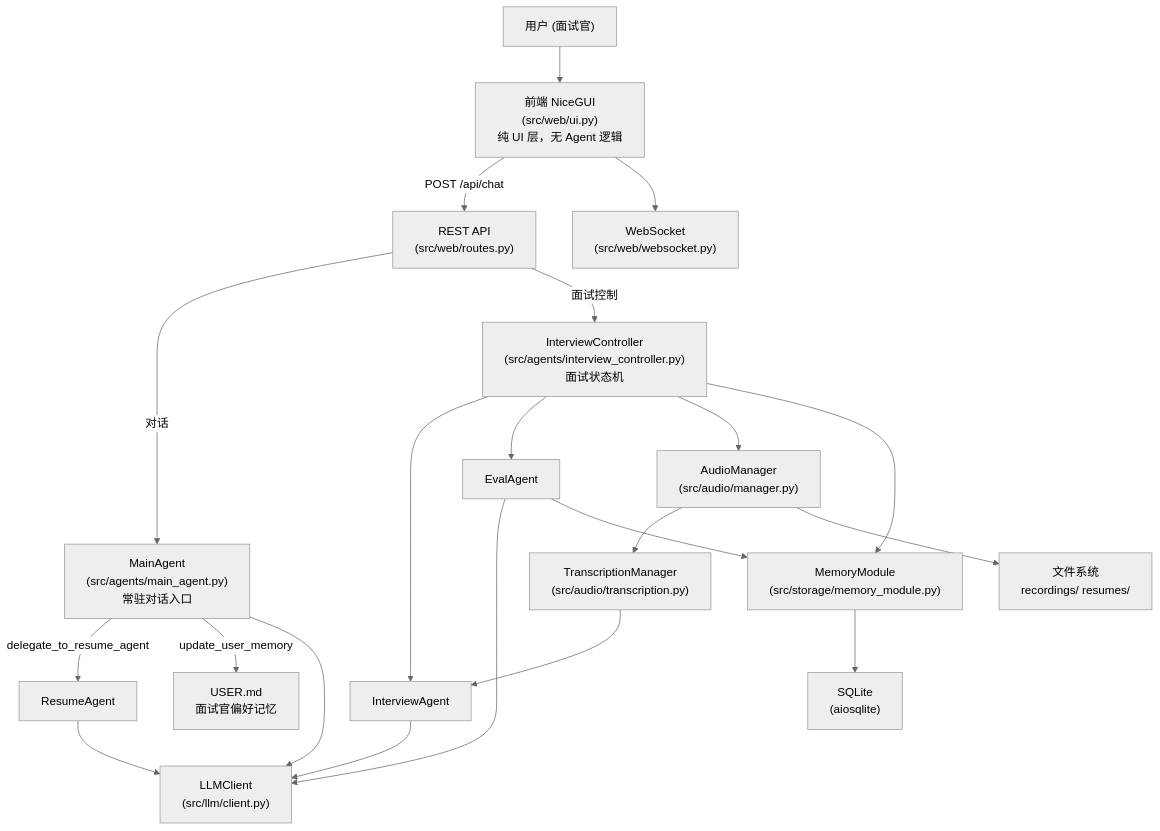
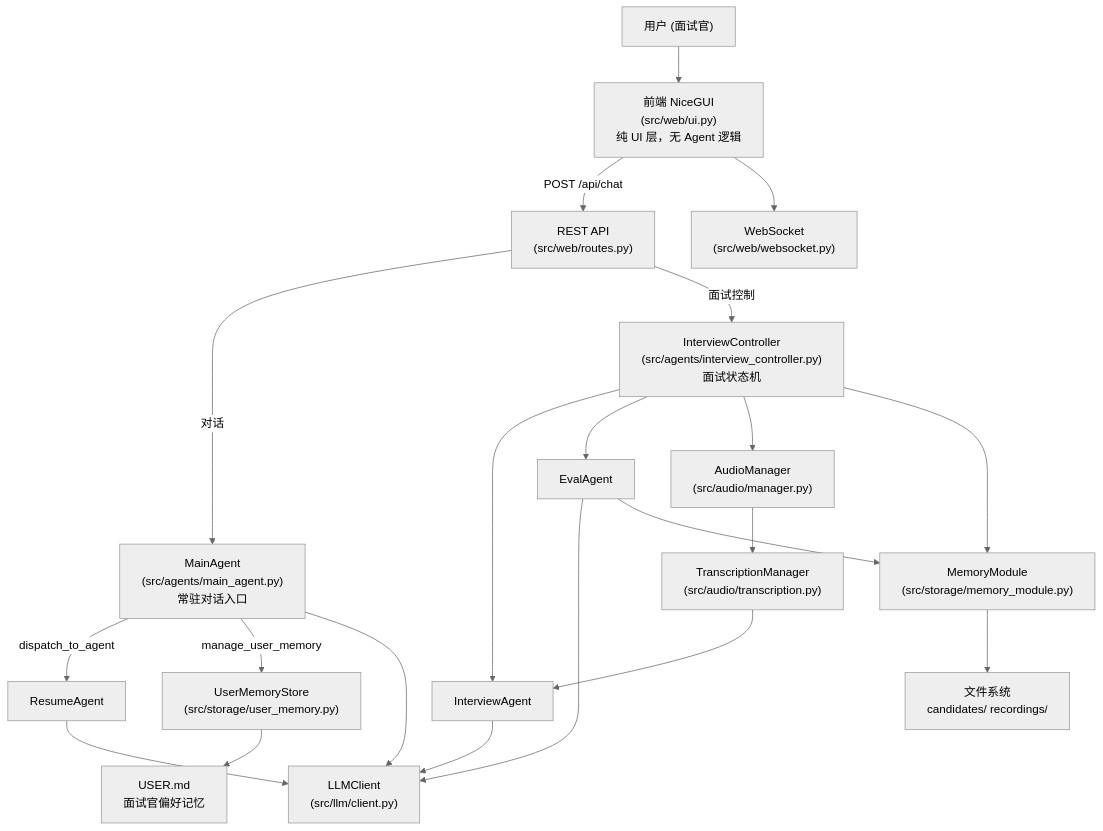
The diagram in docs/arc/overview.md (dygcjlu/interviewer-assistant), drawn with Mermaid (neutral theme) before and after one commit. The commit also changed other lines of this file and 31 other files, not shown here.

````diff
--- a/docs/arc/overview.md
+++ b/docs/arc/overview.md
@@ -17,40 +17,40 @@
 ```mermaid
 graph TD
     User["用户 (面试官)"]
     UI["前端 NiceGUI\n(src/web/ui.py)\n纯 UI 层，无 Agent 逻辑"]
     REST["REST API\n(src/web/routes.py)"]
     WS["WebSocket\n(src/web/websocket.py)"]
     MA["MainAgent\n(src/agents/main_agent.py)\n常驻对话入口"]
     IC["InterviewController\n(src/agents/interview_controller.py)\n面试状态机"]
     RA["ResumeAgent"]
     IA["InterviewAgent"]
     EA["EvalAgent"]
     Audio["AudioManager\n(src/audio/manager.py)"]
     TM["TranscriptionManager\n(src/audio/transcription.py)"]
     LLM["LLMClient\n(src/llm/client.py)"]
     Mem["MemoryModule\n(src/storage/memory_module.py)"]
-    DB["SQLite\n(aiosqlite)"]
-    Files["文件系统\nrecordings/ resumes/"]
+    UMS["UserMemoryStore\n(src/storage/user_memory.py)"]
+    Files["文件系统\ncandidates/ recordings/"]
     UserMD["USER.md\n面试官偏好记忆"]
 
     User --> UI
     UI -->|POST /api/chat| REST
     UI --> WS
     REST -->|对话| MA
     REST -->|面试控制| IC
-    MA -->|delegate_to_resume_agent| RA
-    MA -->|update_user_memory| UserMD
+    MA -->|dispatch_to_agent| RA
+    MA -->|manage_user_memory| UMS
+    UMS --> UserMD
     IC --> IA
     IC --> EA
     IC --> Audio
     Audio --> TM
     TM --> IA
     RA --> LLM
     IA --> LLM
     EA --> LLM
     MA --> LLM
+    IC --> Mem
     EA --> Mem
-    IC --> Mem
-    Mem --> DB
-    Audio --> Files
+    Mem --> Files
 ```
````
